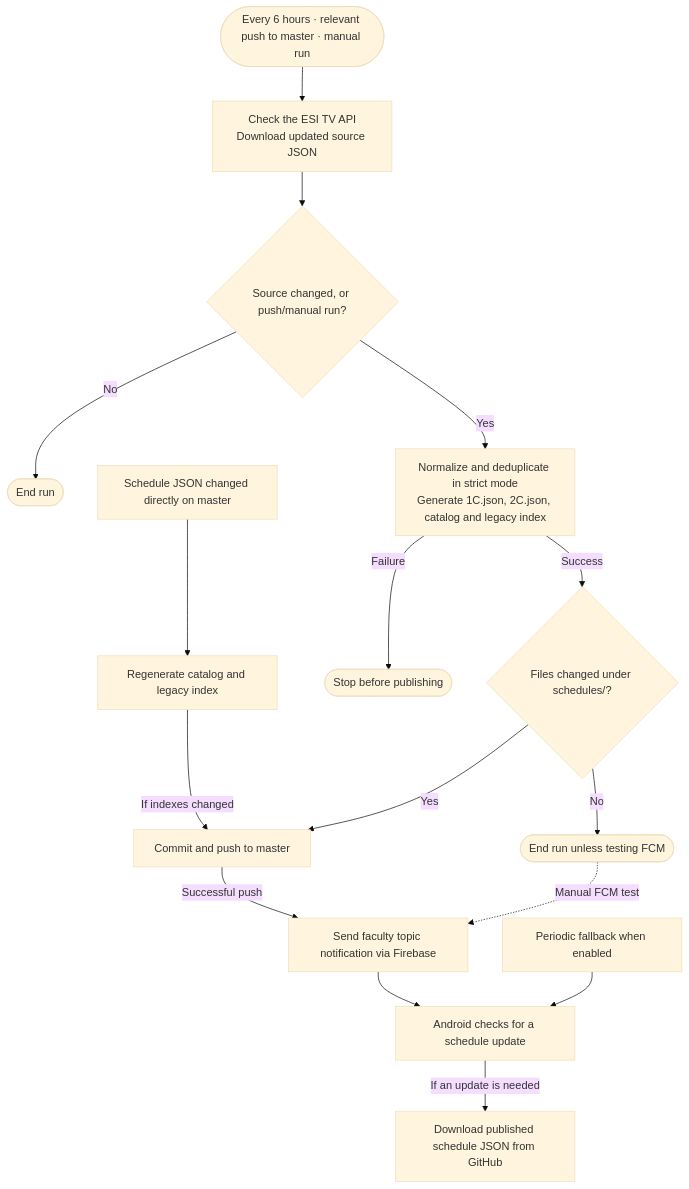
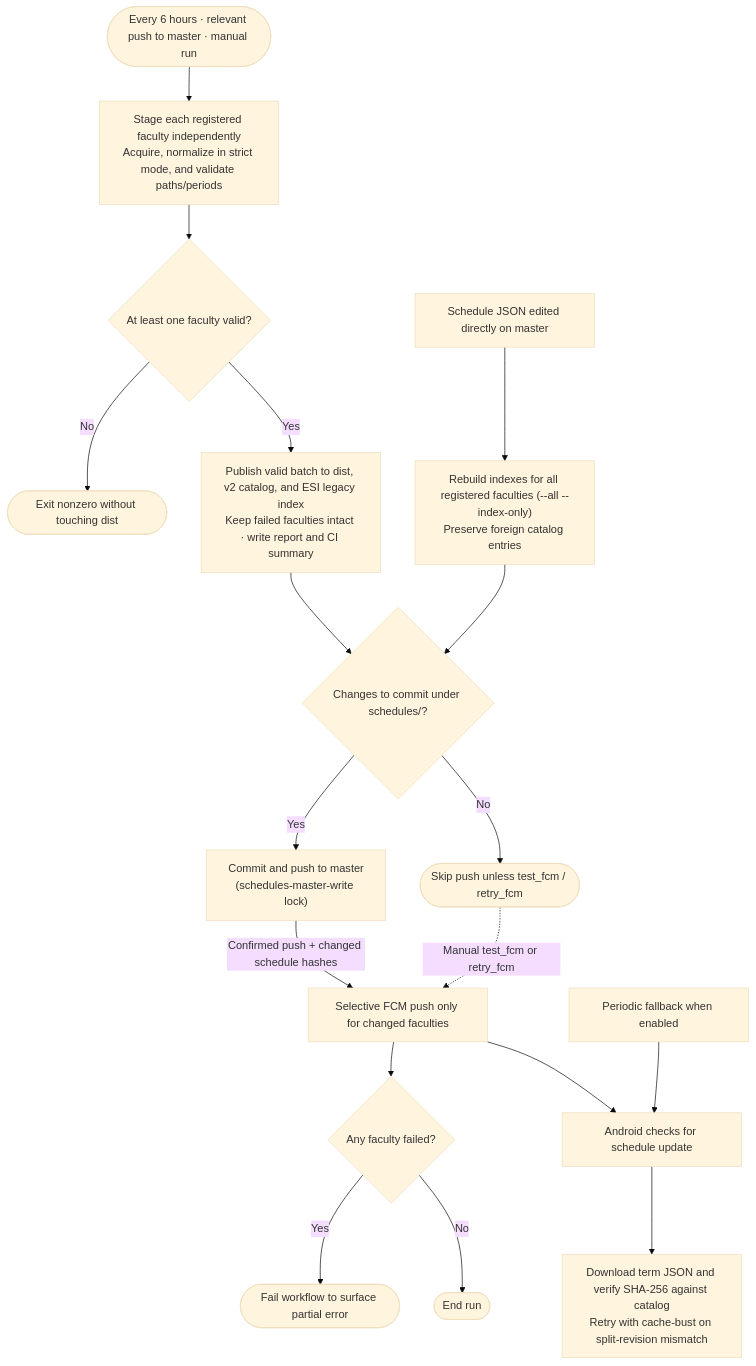
The first of 2 diagrams in docs/pipeline_diagrams.md (MarcosLorCar/ClemenTime), drawn with Mermaid (base theme) before and after one commit. The commit also changed other lines of this file and 24 other files, not shown here.

First line of the commit message:
feat(pipeline): generalize multi-faculty catalog, publication, and selective FCM (#55)

````diff
--- a/docs/pipeline_diagrams.md
+++ b/docs/pipeline_diagrams.md
@@ -5,18 +5,20 @@
 ```mermaid
 flowchart TD
-    Start(["Every 6 hours · relevant push to master · manual run"]) --> Check["Check the ESI TV API<br/>Download updated source JSON"]
-    Check --> Run{"Source changed, or push/manual run?"}
-    Run -->|No| End([End run])
-    Run -->|Yes| Build["Normalize and deduplicate in strict mode<br/>Generate 1C.json, 2C.json, catalog and legacy index"]
-    Build -->|Success| Publish{"Files changed under schedules/?"}
-    Build -->|Failure| Stop([Stop before publishing])
-    ManualEdit["Schedule JSON changed directly on master"] --> Index["Regenerate catalog and legacy index"]
-    Index -->|"If indexes changed"| Push
-    Publish -->|Yes| Push["Commit and push to master"]
-    Publish -->|No| Skip(["End run unless testing FCM"])
-    Push -->|Successful push| FCM["Send faculty topic notification via Firebase"]
-    Skip -.->|Manual FCM test| FCM
-    FCM --> Sync["Android checks for a schedule update"]
+    Start(["Every 6 hours · relevant push to master · manual run"]) --> Stage["Stage each registered faculty independently<br/>Acquire, normalize in strict mode, and validate paths/periods"]
+    Stage --> Valid{"At least one faculty valid?"}
+    Valid -->|No| Stop([Exit nonzero without touching dist])
+    Valid -->|Yes| Publish["Publish valid batch to dist, v2 catalog, and ESI legacy index<br/>Keep failed faculties intact · write report and CI summary"]
+    ManualEdit["Schedule JSON edited directly on master"] --> Index["Rebuild indexes for all registered faculties (--all --index-only)<br/>Preserve foreign catalog entries"]
+    Index --> Commit
+    Publish --> Commit{"Changes to commit under schedules/?"}
+    Commit -->|Yes| Push["Commit and push to master<br/>(schedules-master-write lock)"]
+    Commit -->|No| Skip(["Skip push unless test_fcm / retry_fcm"])
+    Push -->|Confirmed push + changed schedule hashes| FCM["Selective FCM push only for changed faculties"]
+    Skip -.->|Manual test_fcm or retry_fcm| FCM
+    FCM --> Partial{"Any faculty failed?"}
+    Partial -->|Yes| FailRun([Fail workflow to surface partial error])
+    Partial -->|No| Done([End run])
+    FCM --> Sync["Android checks for schedule update"]
     Periodic["Periodic fallback when enabled"] --> Sync
-    Sync -->|If an update is needed| Download["Download published schedule JSON from GitHub"]
+    Sync --> Download["Download term JSON and verify SHA-256 against catalog<br/>Retry with cache-bust on split-revision mismatch"]
 ```
````
